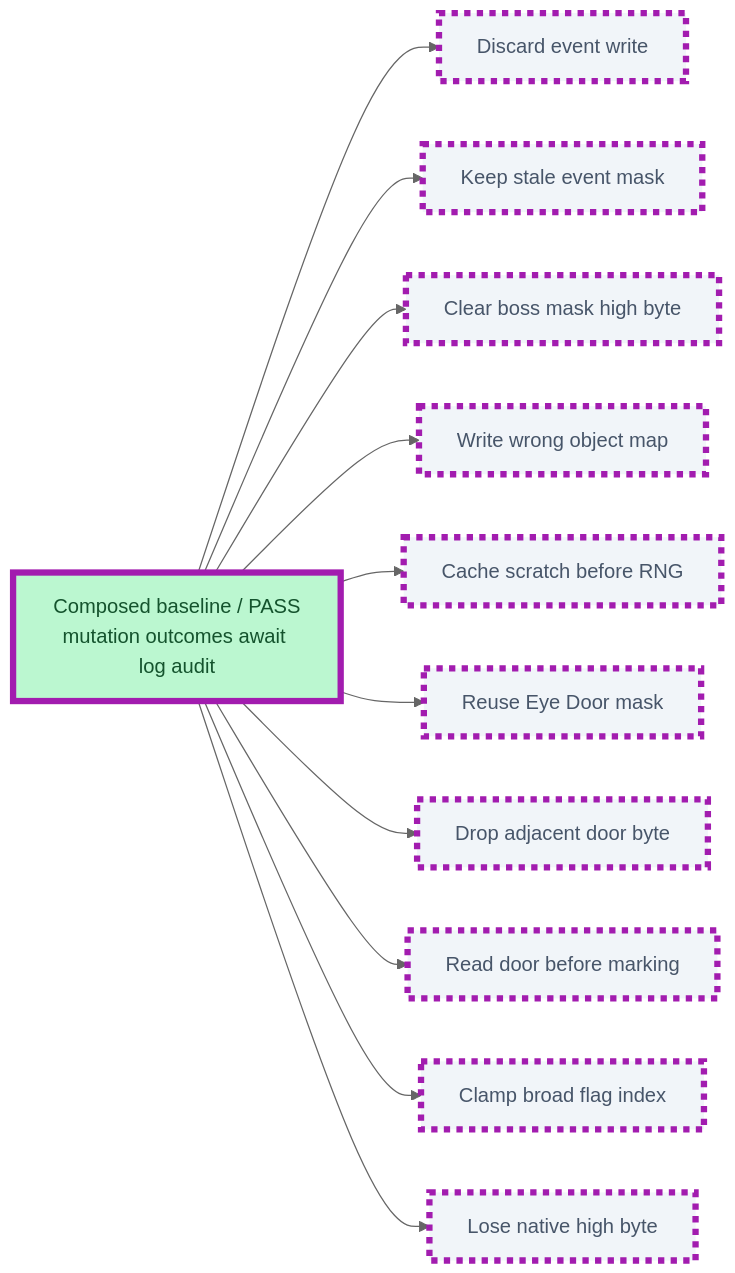
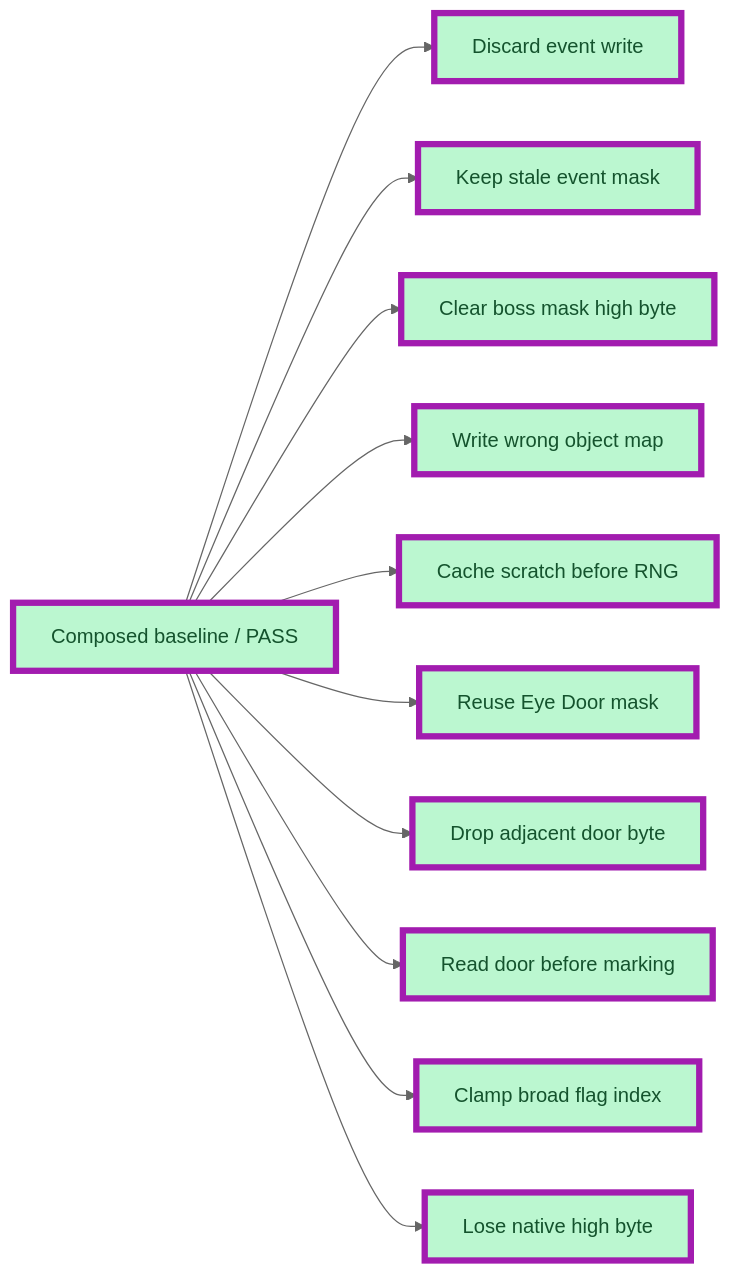
The fourth of 20 diagrams in PROGRESS.md (JimLundin/sm-decomp), drawn with Mermaid (neutral theme) before and after one commit. The commit also changed other lines of this file and 86 other files, not shown here.

````diff
--- a/PROGRESS.md
+++ b/PROGRESS.md
@@ -64,18 +80,18 @@
 ```mermaid
 flowchart LR
-    FB["Composed baseline / PASS<br/>mutation outcomes await log audit"]:::done --> FEVENT["Discard event write"]:::pending
-    FB --> FHI["Keep stale event mask"]:::pending
-    FB --> FBOSS["Clear boss mask high byte"]:::pending
-    FB --> FMAP["Write wrong object map"]:::pending
-    FB --> FRNG["Cache scratch before RNG"]:::pending
-    FB --> FEYE["Reuse Eye Door mask"]:::pending
-    FB --> FADJ["Drop adjacent door byte"]:::pending
-    FB --> FPRE["Read door before marking"]:::pending
-    FB --> FCLAMP["Clamp broad flag index"]:::pending
-    FB --> FNATIVE["Lose native high byte"]:::pending
+    FB["Composed baseline / PASS"]:::done --> FEVENT["Discard event write"]:::done
+    FB --> FHI["Keep stale event mask"]:::done
+    FB --> FBOSS["Clear boss mask high byte"]:::done
+    FB --> FMAP["Write wrong object map"]:::done
+    FB --> FRNG["Cache scratch before RNG"]:::done
+    FB --> FEYE["Reuse Eye Door mask"]:::done
+    FB --> FADJ["Drop adjacent door byte"]:::done
+    FB --> FPRE["Read door before marking"]:::done
+    FB --> FCLAMP["Clamp broad flag index"]:::done
+    FB --> FNATIVE["Lose native high byte"]:::done
     class FB,FEVENT,FHI,FBOSS,FMAP,FRNG,FEYE,FADJ,FPRE,FCLAMP,FNATIVE changed
     classDef active fill:#fed7aa,stroke:#ea580c,color:#7c2d12
     classDef pending fill:#f1f5f9,stroke:#94a3b8,color:#475569,stroke-dasharray:5 5
     classDef changed stroke:#a21caf,stroke-width:5px
     classDef done fill:#bbf7d0,stroke:#15803d,color:#14532d
 ```
````
